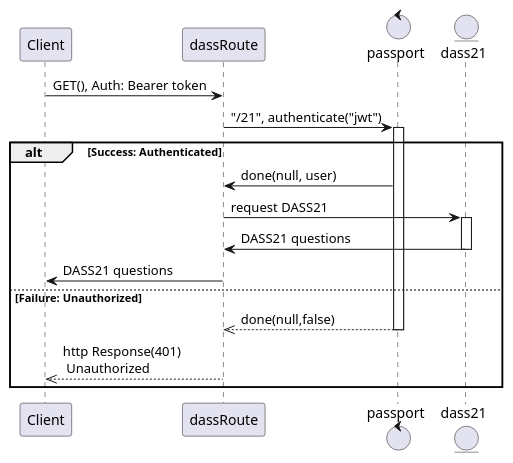
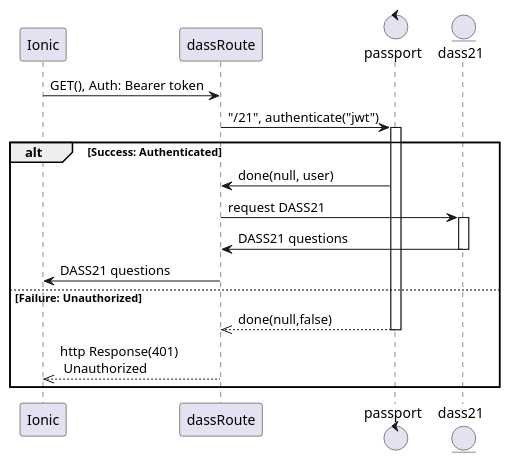
Before and after one commit to Spenzy/NEUF-NanoEconomicsUnderFear: the diagram in nanoeconomy-dataset-collector/Diagrams/Dass21Diags/dass21 API.puml, drawn with PlantUML. The commit also changed 109 other files, not shown here.

```diff
--- a/nanoeconomy-dataset-collector/Diagrams/Dass21Diags/dass21 API.puml
+++ b/nanoeconomy-dataset-collector/Diagrams/Dass21Diags/dass21 API.puml
@@ -1,25 +1,24 @@
 @startuml
 
-participant Client
+participant Ionic
 participant dassRoute as dass
 control passport as pass
 entity dass21
 
-Client -> dass: GET(), Auth: Bearer token
+Ionic -> dass: GET(), Auth: Bearer token
 dass -> pass: "/21", authenticate("jwt")
 activate pass
 alt Success: Authenticated
   dass <- pass: done(null, user)
   dass -> dass21: request DASS21
   activate dass21
   dass <- dass21: DASS21 questions
   deactivate dass21
-  Client <- dass: DASS21 questions
-
+  Ionic <- dass: DASS21 questions
 else Failure: Unauthorized
   dass <<-- pass:done(null,false)
   deactivate pass
-  Client <<-- dass: http Response(401)\n Unauthorized
+  Ionic <<-- dass: http Response(401)\n Unauthorized
 end
 
 @enduml
```
